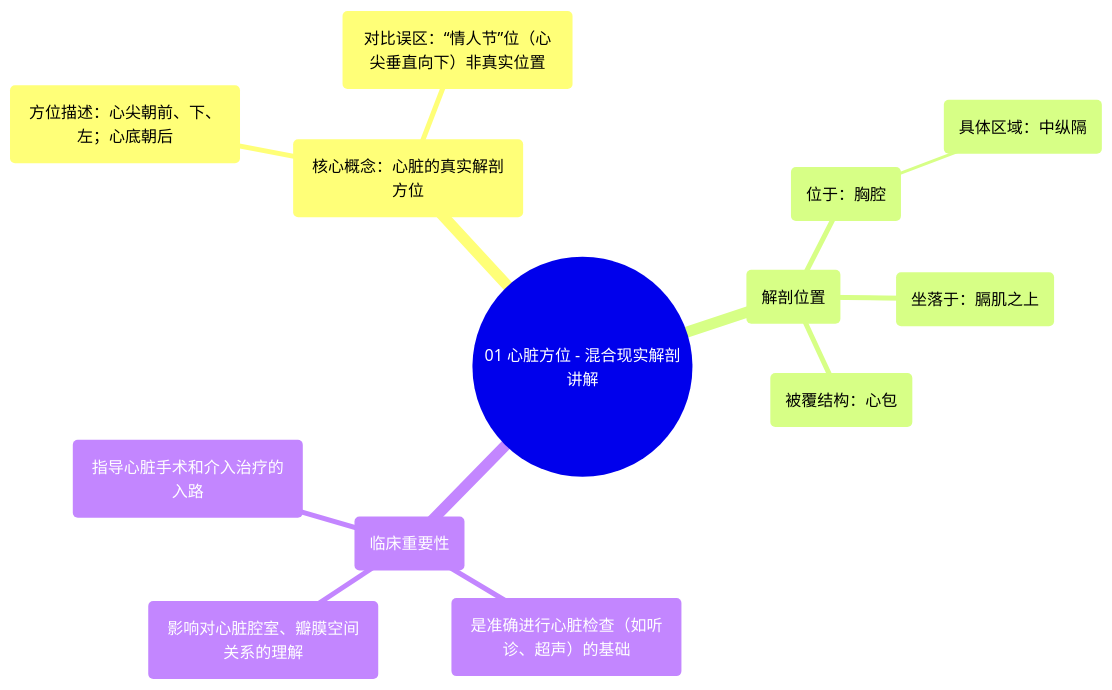
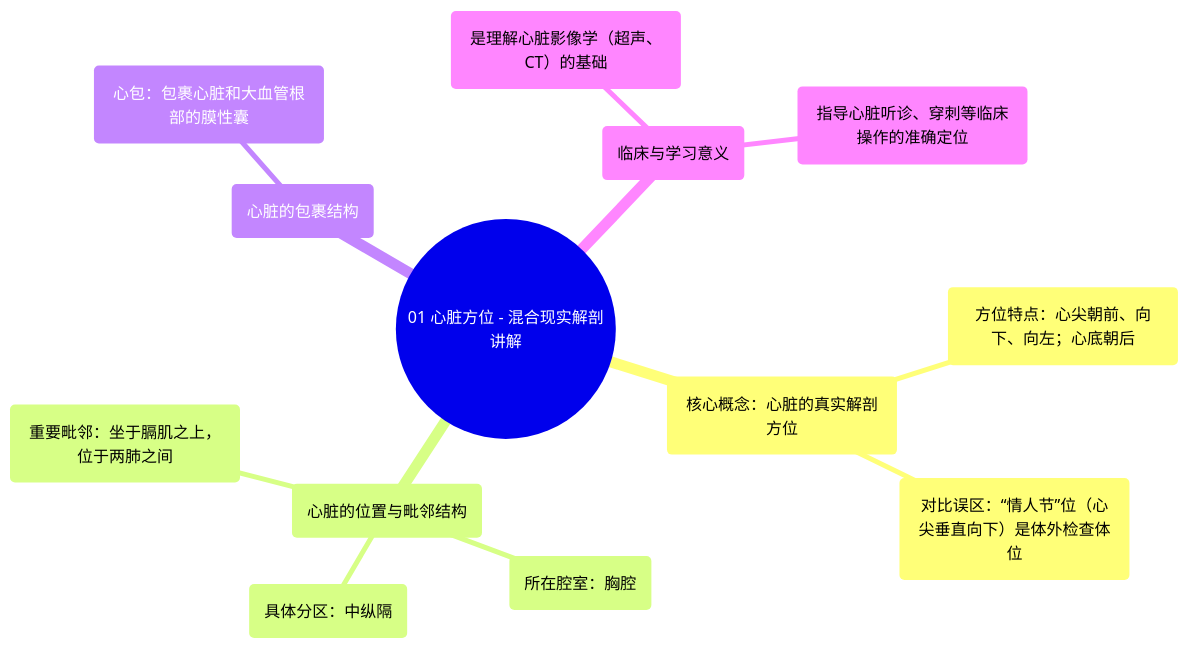
Before and after one commit to hello-47777/xinxueguan: the diagram in docs/专辑 01：心脏解剖学实景课 (Heart Anatomy - Course)/01 Heart Orientation - Anatomy Explained in Mixed Reality.md, drawn with Mermaid. The commit also changed other lines of this file and 19 other files, not shown here.

````diff
--- a/docs/专辑 01：心脏解剖学实景课 (Heart Anatomy - Course)/01 Heart Orientation - Anatomy Explained in Mixed Reality.md
+++ b/docs/专辑 01：心脏解剖学实景课 (Heart Anatomy - Course)/01 Heart Orientation - Anatomy Explained in Mixed Reality.md
@@ -40,16 +41,16 @@
 ```mermaid
 mindmap
   root(("01 心脏方位 - 混合现实解剖讲解"))
     ("核心概念：心脏的真实解剖方位")
-      ("方位描述：心尖朝前、下、左；心底朝后")
-      ("对比误区：“情人节”位（心尖垂直向下）非真实位置")
-    ("解剖位置")
-      ("位于：胸腔")
-        ("具体区域：中纵隔")
-      ("坐落于：膈肌之上")
-      ("被覆结构：心包")
-    ("临床重要性")
-      ("是准确进行心脏检查（如听诊、超声）的基础")
-      ("影响对心脏腔室、瓣膜空间关系的理解")
-      ("指导心脏手术和介入治疗的入路")
+      ("方位特点：心尖朝前、向下、向左；心底朝后")
+      ("对比误区：“情人节”位（心尖垂直向下）是体外检查体位")
+    ("心脏的位置与毗邻结构")
+      ("所在腔室：胸腔")
+      ("具体分区：中纵隔")
+      ("重要毗邻：坐于膈肌之上，位于两肺之间")
+    ("心脏的包裹结构")
+      ("心包：包裹心脏和大血管根部的膜性囊")
+    ("临床与学习意义")
+      ("是理解心脏影像学（超声、CT）的基础")
+      ("指导心脏听诊、穿刺等临床操作的准确定位")
 ```
````
